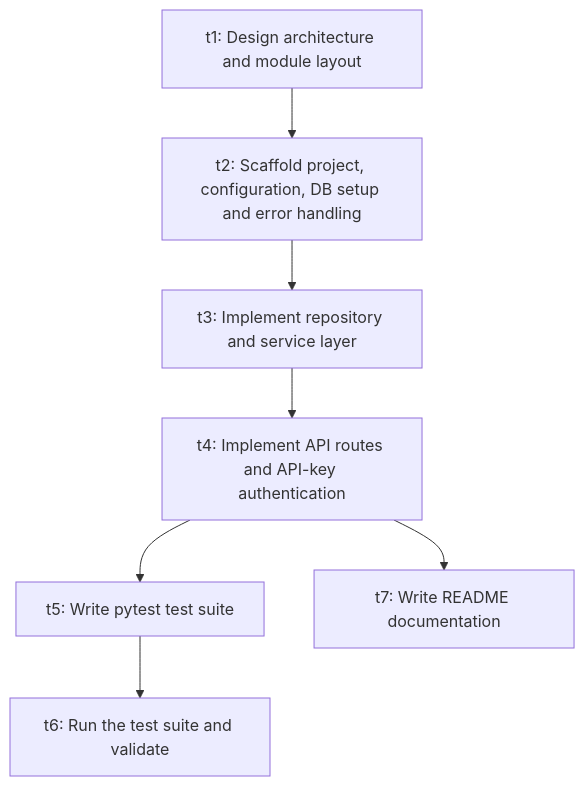
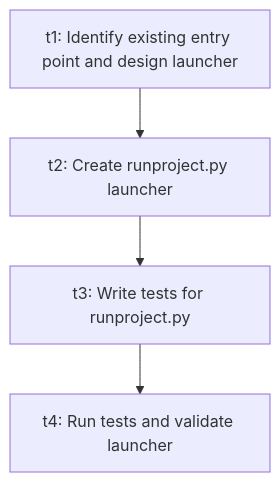
Before and after one commit to aakash1802/urlshortnerassignment: the diagram in .agentic/readable/PLAN.md, drawn with Mermaid. The commit also changed other lines of this file and 16 other files, not shown here.

````diff
--- a/.agentic/readable/PLAN.md
+++ b/.agentic/readable/PLAN.md
@@ -41,16 +32,10 @@
 ```mermaid
 flowchart TD
-  t1["t1: Design architecture and module layout"]
-  t2["t2: Scaffold project, configuration, DB setup and error handling"]
-  t3["t3: Implement repository and service layer"]
-  t4["t4: Implement API routes and API-key authentication"]
-  t5["t5: Write pytest test suite"]
-  t6["t6: Run the test suite and validate"]
-  t7["t7: Write README documentation"]
+  t1["t1: Identify existing entry point and design launcher"]
+  t2["t2: Create runproject.py launcher"]
+  t3["t3: Write tests for runproject.py"]
+  t4["t4: Run tests and validate launcher"]
   t1 --> t2
   t2 --> t3
   t3 --> t4
-  t4 --> t5
-  t5 --> t6
-  t4 --> t7
 ```
````
